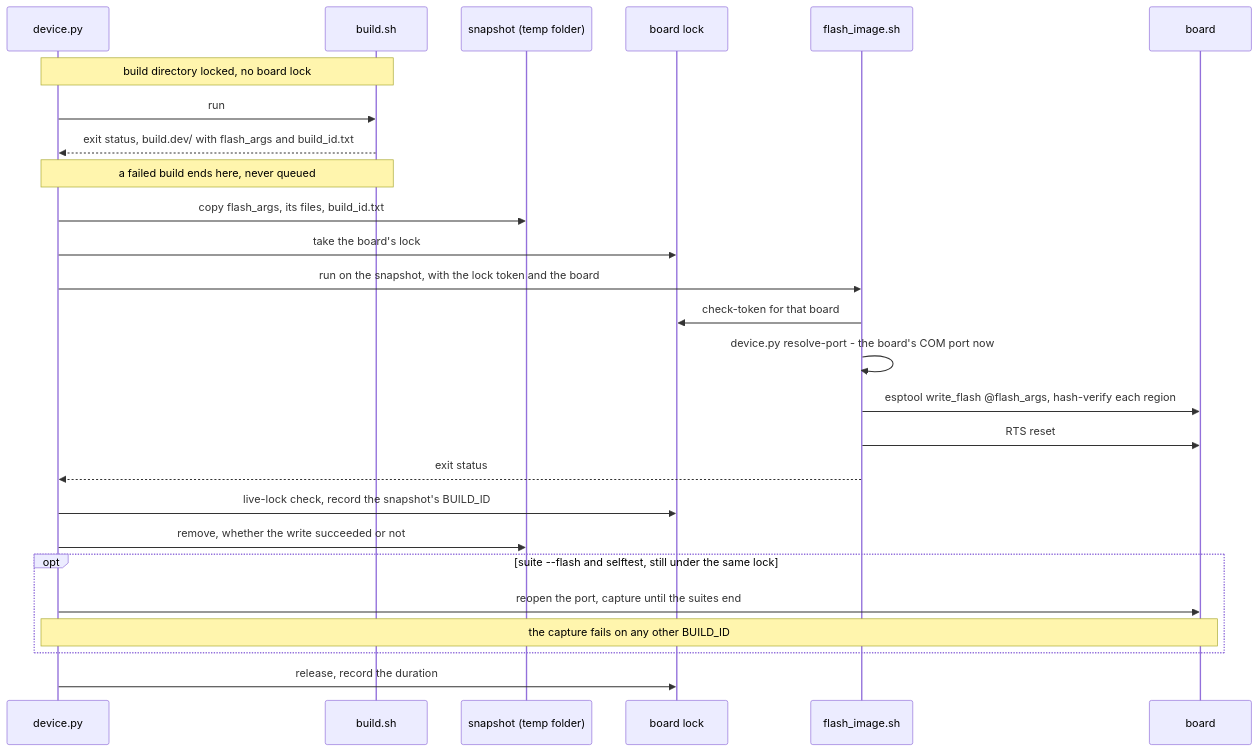
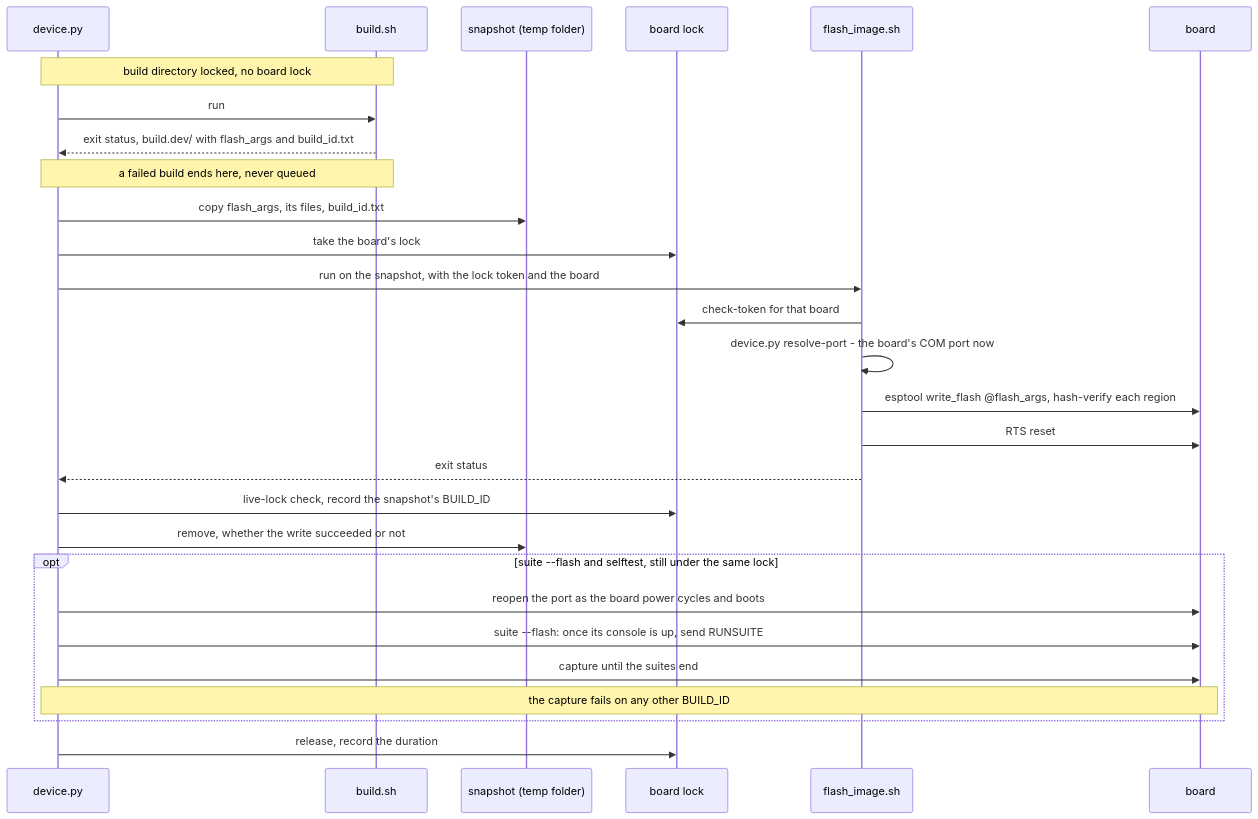
The diagram in docs/tools/Flash-and-Captures.md (jose-villegas/autana), drawn with Mermaid before and after one commit. The commit also changed other lines of this file and 6 other files, not shown here.

Commit message:
autana: suite --flash waits for the flashed image's console; a cut-short filtered capture no longer ends the batch; console lines honour --wait

````diff
--- a/docs/tools/Flash-and-Captures.md
+++ b/docs/tools/Flash-and-Captures.md
@@ -41,29 +41,31 @@
 ```mermaid
 sequenceDiagram
     participant Dev as device.py
     participant Build as build.sh
     participant Snap as snapshot (temp folder)
     participant Lock as board lock
     participant Sh as flash_image.sh
     participant Board as board
 
     Note over Dev,Build: build directory locked, no board lock
     Dev->>Build: run
     Build-->>Dev: exit status, build.dev/ with flash_args and build_id.txt
     Note over Dev,Build: a failed build ends here, never queued
     Dev->>Snap: copy flash_args, its files, build_id.txt
     Dev->>Lock: take the board's lock
     Dev->>Sh: run on the snapshot, with the lock token and the board
     Sh->>Lock: check-token for that board
     Sh->>Sh: device.py resolve-port - the board's COM port now
     Sh->>Board: esptool write_flash @flash_args, hash-verify each region
     Sh->>Board: RTS reset
     Sh-->>Dev: exit status
     Dev->>Lock: live-lock check, record the snapshot's BUILD_ID
     Dev->>Snap: remove, whether the write succeeded or not
     opt suite --flash and selftest, still under the same lock
-        Dev->>Board: reopen the port, capture until the suites end
+        Dev->>Board: reopen the port as the board power cycles and boots
+        Dev->>Board: suite --flash: once its console is up, send RUNSUITE
+        Dev->>Board: capture until the suites end
         Note over Dev,Board: the capture fails on any other BUILD_ID
     end
     Dev->>Lock: release, record the duration
 ```
````
